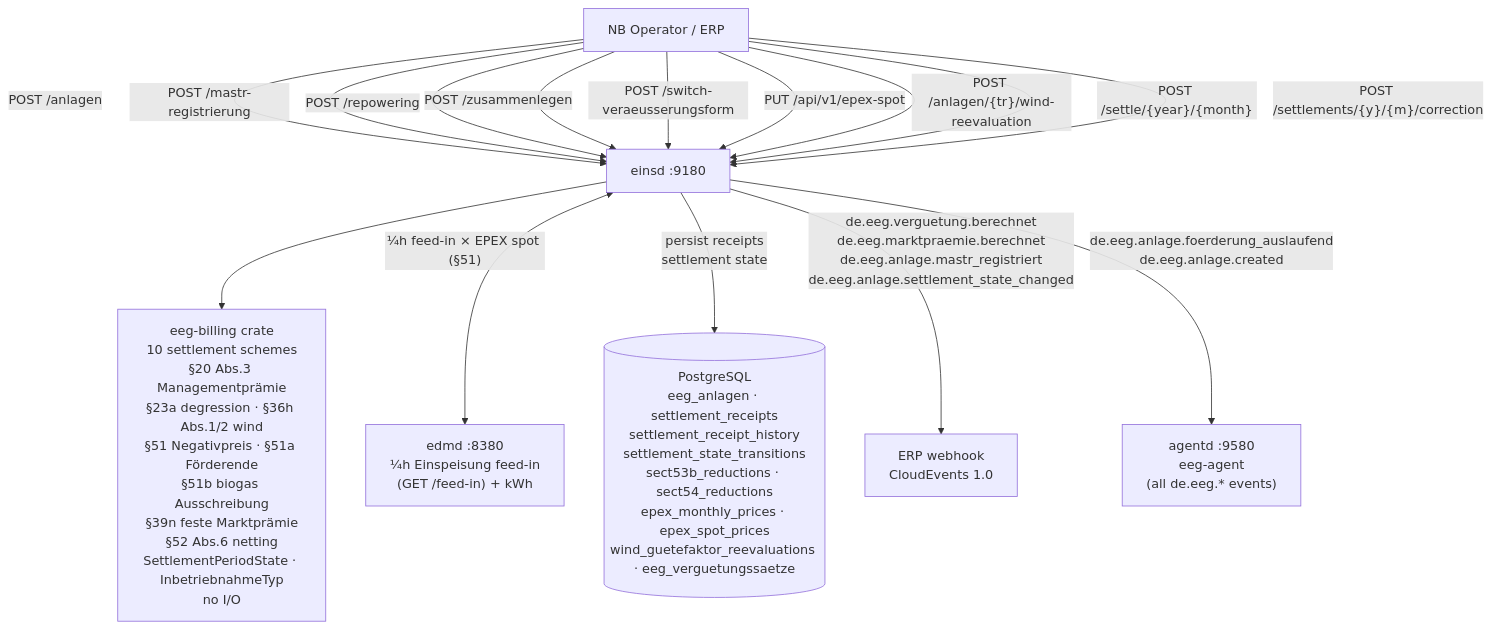
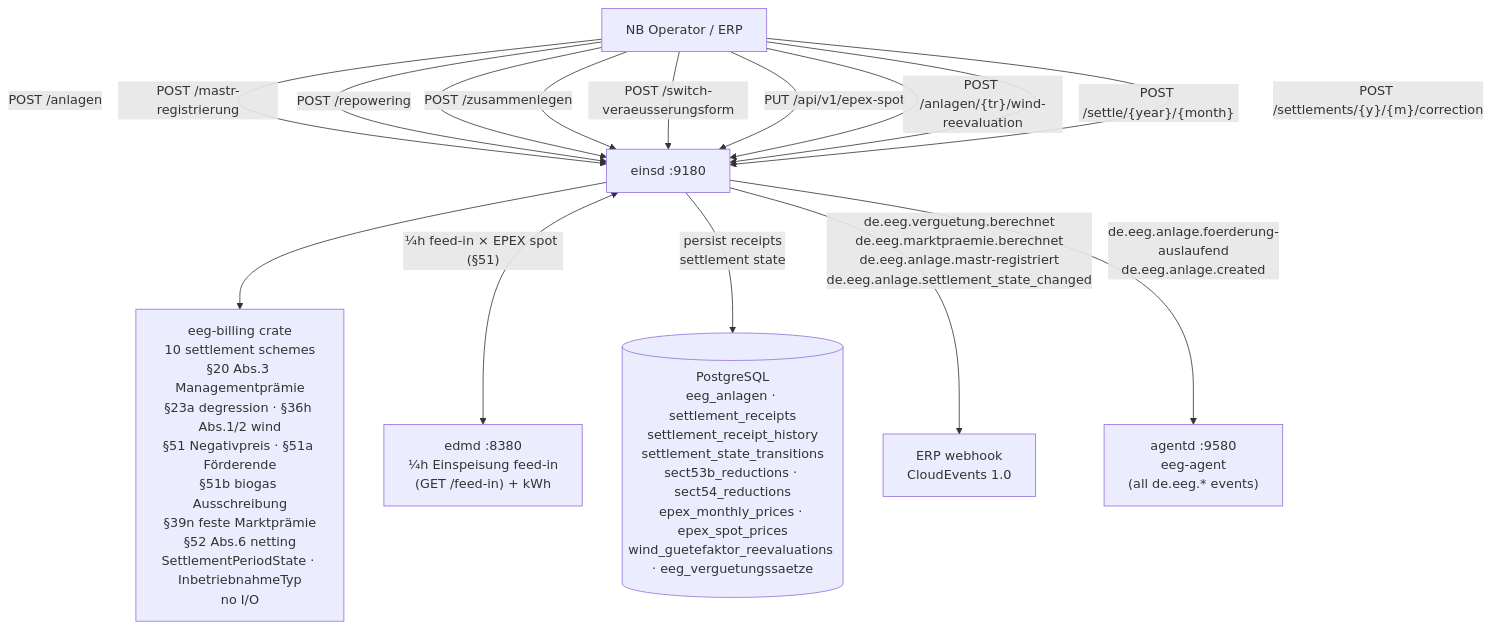
The first of 8 diagrams in site/content/docs/services/einsd.md (hupe1980/mako), drawn with Mermaid before and after one commit. The commit also changed other lines of this file and 276 other files, not shown here.

````diff
--- a/site/content/docs/services/einsd.md
+++ b/site/content/docs/services/einsd.md
@@ -21,25 +21,25 @@
 ```mermaid
 graph TB
     Operator["NB Operator / ERP"]
     edmd["edmd :8380\n¼h Einspeisung feed-in\n(GET /feed-in) + kWh"]
     einsd["einsd :9180"]
     eeg_billing["eeg-billing crate\n10 settlement schemes\n§20 Abs.3 Managementprämie\n§23a degression · §36h Abs.1/2 wind\n§51 Negativpreis · §51a Förderende\n§51b biogas Ausschreibung\n§39n feste Marktprämie\n§52 Abs.6 netting\nSettlementPeriodState · InbetriebnahmeTyp\nno I/O"]
     db[("PostgreSQL\neeg_anlagen · settlement_receipts\nsettlement_receipt_history\nsettlement_state_transitions\nsect53b_reductions · sect54_reductions\nepex_monthly_prices · epex_spot_prices\nwind_guetefaktor_reevaluations · eeg_verguetungssaetze")]
     erp["ERP webhook\nCloudEvents 1.0"]
     agentd["agentd :9580\neeg-agent\n(all de.eeg.* events)"]
 
     Operator -->|"POST /anlagen"| einsd
     Operator -->|"POST /mastr-registrierung"| einsd
     Operator -->|"POST /repowering"| einsd
     Operator -->|"POST /zusammenlegen"| einsd
     Operator -->|"POST /switch-veraeusserungsform"| einsd
     Operator -->|"PUT /api/v1/epex-spot"| einsd
     Operator -->|"POST /anlagen/{tr}/wind-reevaluation"| einsd
     Operator -->|"POST /settle/{year}/{month}"| einsd
     Operator -->|"POST /settlements/{y}/{m}/correction"| einsd
     einsd --> eeg_billing
     einsd <-->|"¼h feed-in × EPEX spot (§51)"| edmd
     einsd -->|"persist receipts\nsettlement state"| db
-    einsd -->|"de.eeg.verguetung.berechnet\nde.eeg.marktpraemie.berechnet\nde.eeg.anlage.mastr_registriert\nde.eeg.anlage.settlement_state_changed"| erp
-    einsd -->|"de.eeg.anlage.foerderung_auslaufend\nde.eeg.anlage.created"| agentd
+    einsd -->|"de.eeg.verguetung.berechnet\nde.eeg.marktpraemie.berechnet\nde.eeg.anlage.mastr-registriert\nde.eeg.anlage.settlement_state_changed"| erp
+    einsd -->|"de.eeg.anlage.foerderung-auslaufend\nde.eeg.anlage.created"| agentd
 ```
````
